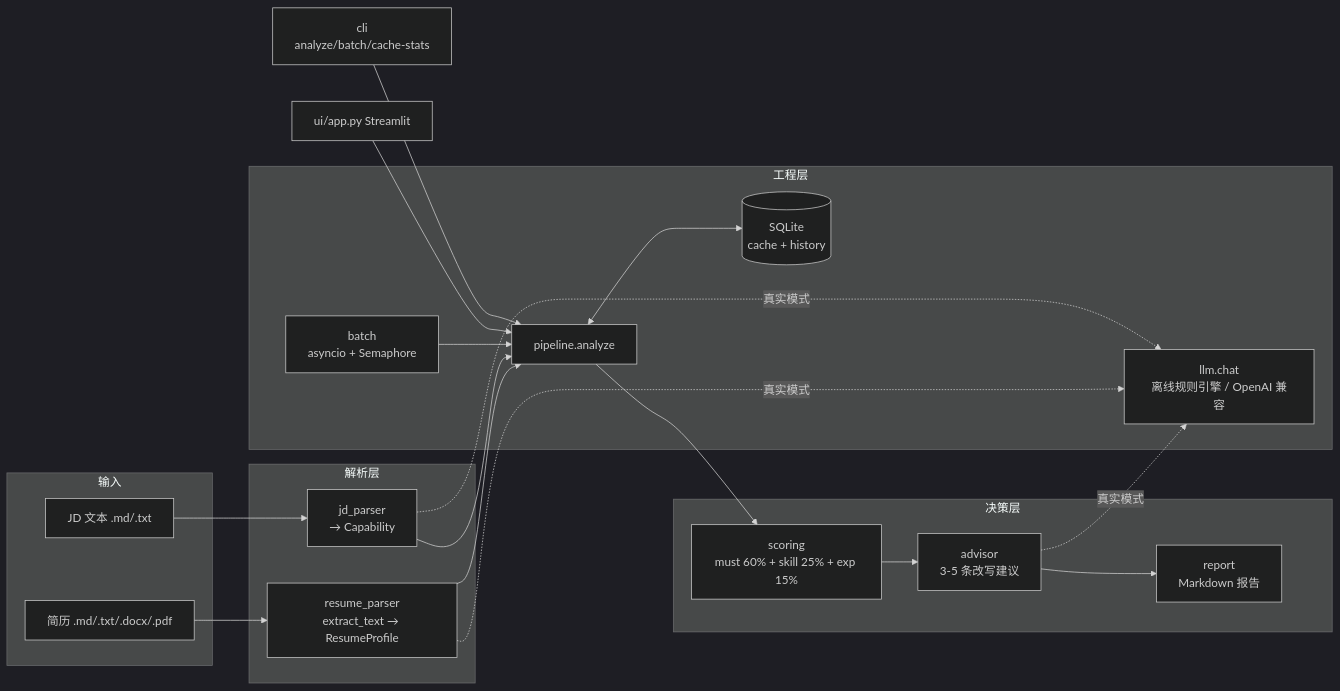
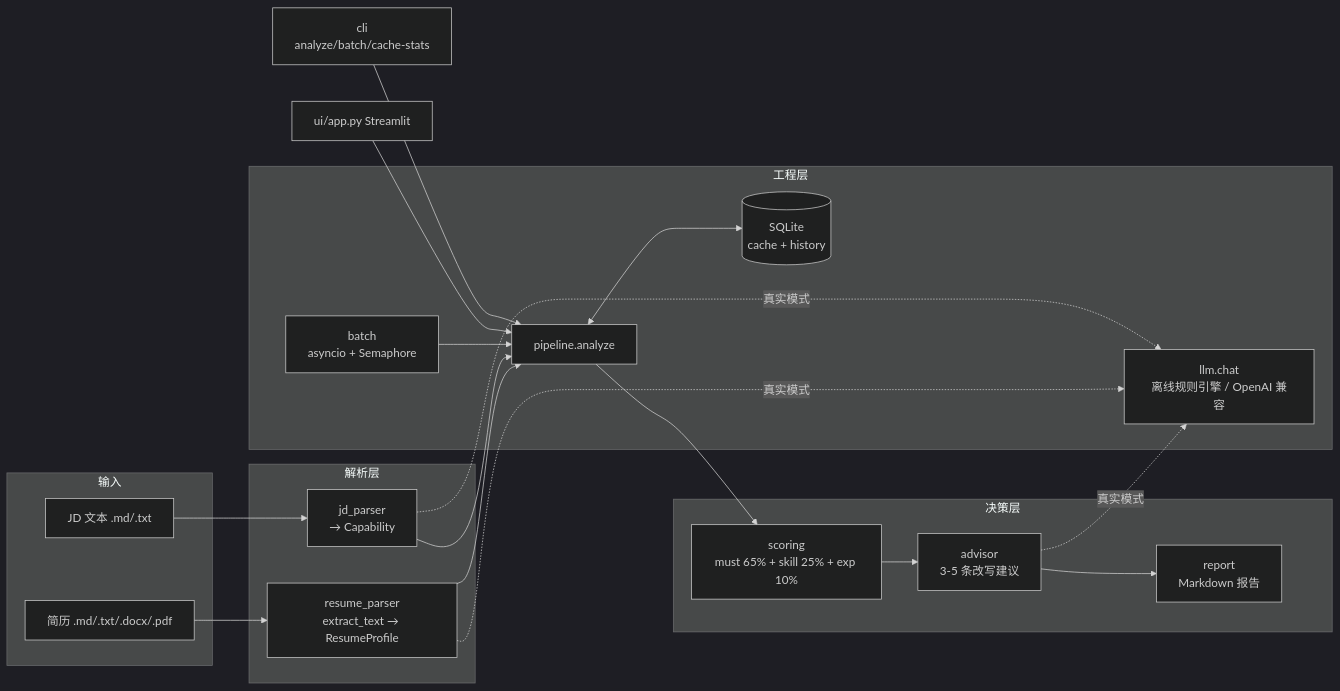
Before and after one commit to QinHuai00/ai-resume-matcher: the diagram in README.md, drawn with Mermaid (dark theme). The commit also changed other lines of this file, not shown here.

````diff
--- a/README.md
+++ b/README.md
@@ -113,38 +116,38 @@
 ```mermaid
 flowchart LR
     subgraph 输入
         JD[JD 文本 .md/.txt]
         RESUME[简历 .md/.txt/.docx/.pdf]
     end
 
     subgraph 解析层
         JDP[jd_parser<br/>→ Capability]
         RSP[resume_parser<br/>extract_text → ResumeProfile]
     end
 
     subgraph 决策层
-        SC[scoring<br/>must 60% + skill 25% + exp 15%]
+        SC[scoring<br/>must 65% + skill 25% + exp 10%]
         ADV[advisor<br/>3-5 条改写建议]
         REP[report<br/>Markdown 报告]
     end
 
     subgraph 工程层
         STORE[(SQLite<br/>cache + history)]
         PIPE[pipeline.analyze]
         LLM[llm.chat<br/>离线规则引擎 / OpenAI 兼容]
         BATCH[batch<br/>asyncio + Semaphore]
     end
 
     CLI[cli<br/>analyze/batch/cache-stats] --> PIPE
     UI[ui/app.py Streamlit] --> PIPE
     BATCH --> PIPE
     JD --> JDP
     RESUME --> RSP
     JDP --> PIPE
     RSP --> PIPE
     PIPE --> SC --> ADV --> REP
     PIPE <--> STORE
     JDP -.真实模式.-> LLM
     RSP -.真实模式.-> LLM
     ADV -.真实模式.-> LLM
 ```
````
